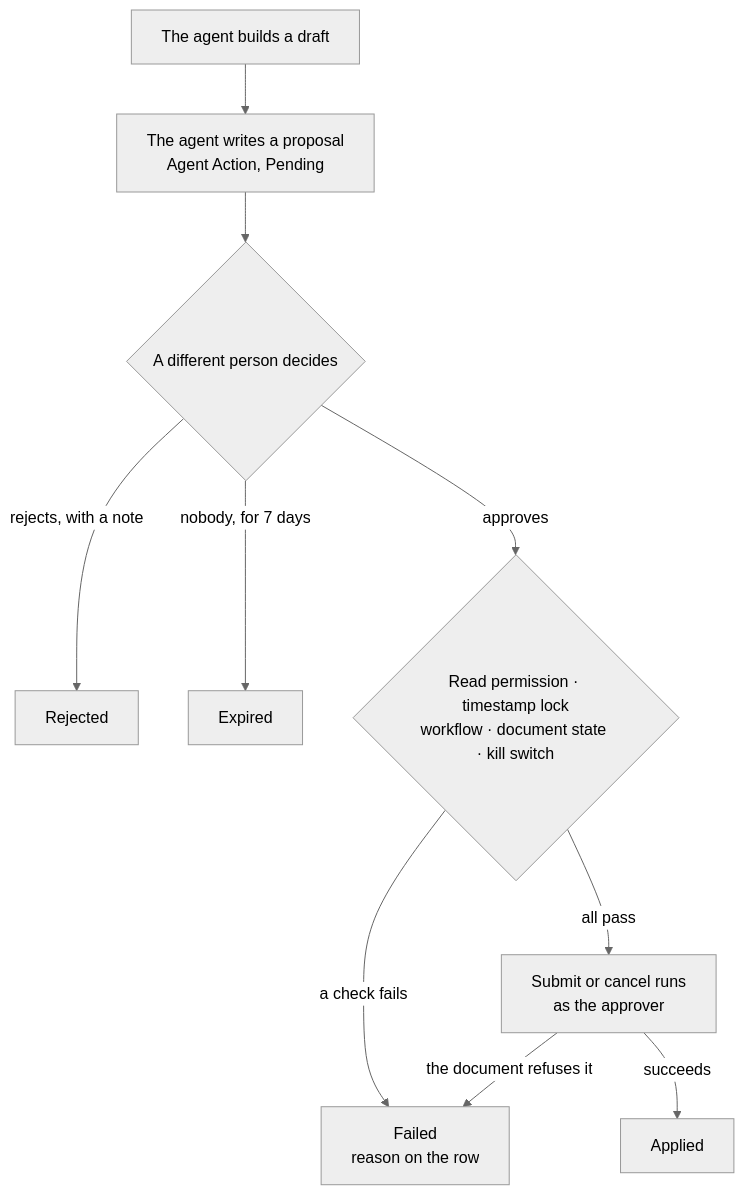
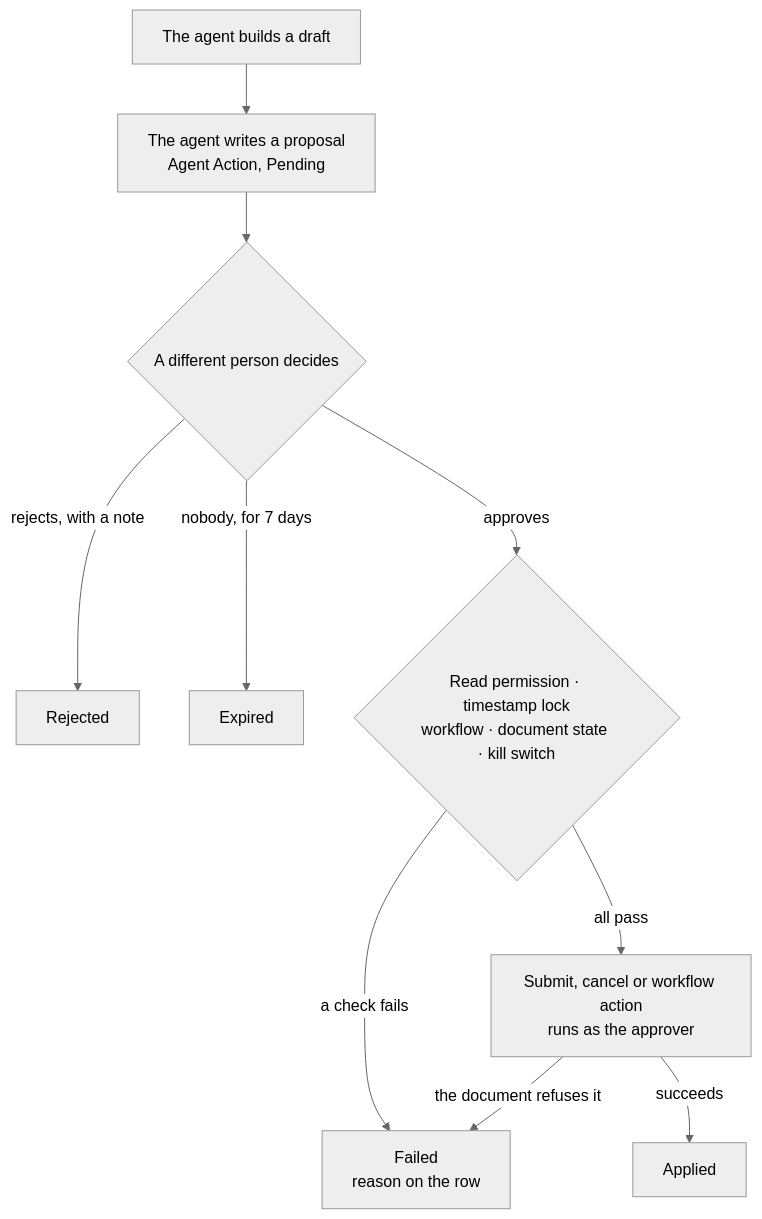
The diagram in docs/approvals.md (MalikZu/frappe_agents), drawn with Mermaid (neutral theme) before and after one commit. The commit also changed other lines of this file and 3 other files, not shown here.

````diff
--- a/docs/approvals.md
+++ b/docs/approvals.md
@@ -7,12 +7,12 @@
 ```mermaid
 flowchart TD
     A["The agent builds a draft"] --> B["The agent writes a proposal<br/>Agent Action, Pending"]
     B --> C{"A different person decides"}
     C -- "rejects, with a note" --> R["Rejected"]
     C -- "nobody, for 7 days" --> X["Expired"]
     C -- approves --> D{"Read permission · timestamp lock<br/>workflow · document state · kill switch"}
     D -- "a check fails" --> F["Failed<br/>reason on the row"]
-    D -- "all pass" --> G["Submit or cancel runs<br/>as the approver"]
+    D -- "all pass" --> G["Submit, cancel or workflow action<br/>runs as the approver"]
     G -- "the document refuses it" --> F
     G -- succeeds --> S["Applied"]
 ```
````
